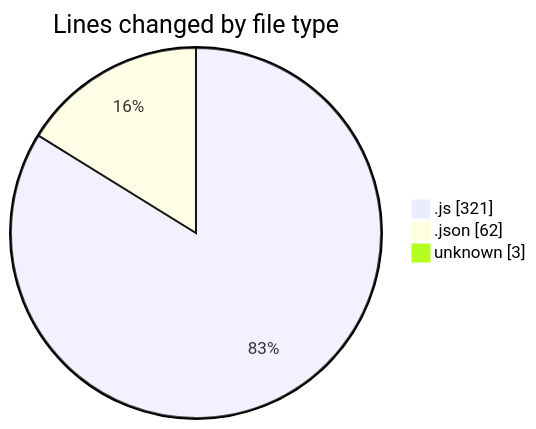
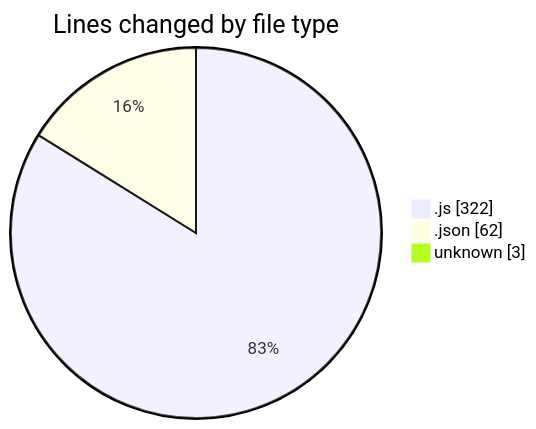
One commit to Ritupan-Deka/code-tracking changed the first of 2 diagrams in 2025-07-02/mern-thinkboard/README.md. Above: the diagram before and after it, drawn with Mermaid. The commit also changed other lines of this file and 1 other file, not shown here.

````diff
--- a/2025-07-02/mern-thinkboard/README.md
+++ b/2025-07-02/mern-thinkboard/README.md
@@ -28,7 +28,7 @@
 ```mermaid
 pie showData
 title Lines changed by file type
-".js" : 321
+".js" : 322
 ".json" : 62
 "unknown" : 3
 ```
````
